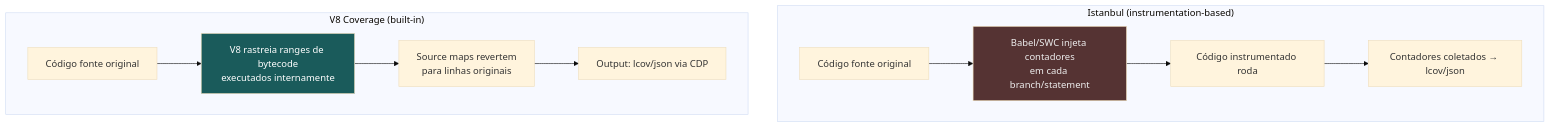
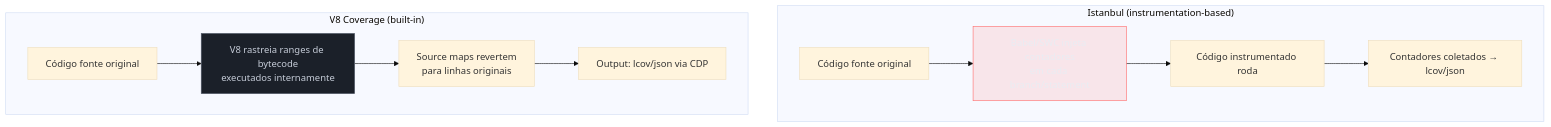
Before and after one commit to josenaldo/codex-technomanticus: the fourth of 5 diagrams in 03-Dominios/Tecnologia/Tooling e Build/19 - Test runner nativo (node-test) e o cenário de testes.md, drawn with Mermaid (base theme). The commit also changed other lines of this file and 1181 other files, not shown here.

First line of the commit message:
fix(diagramas): paleta do sistema no lugar de cor cravada no markdown

````diff
--- a/03-Dominios/Tecnologia/Tooling e Build/19 - Test runner nativo (node-test) e o cenário de testes.md
+++ b/03-Dominios/Tecnologia/Tooling e Build/19 - Test runner nativo (node-test) e o cenário de testes.md
@@ -568,21 +573,23 @@
 ```mermaid
 graph TD
+    classDef falha fill:#FF6B6B24,stroke:#FF6B6B,color:#E9ECF2
+    classDef neutro fill:#1B2029,stroke:#4E5666,color:#C6CCD8
     subgraph "Istanbul (instrumentation-based)"
         IS["Código fonte original"]
         IT["Babel/SWC injeta contadores\nem cada branch/statement"]
         IE["Código instrumentado roda"]
         IR["Contadores coletados → lcov/json"]
         IS --> IT --> IE --> IR
     end
 
     subgraph "V8 Coverage (built-in)"
         VS["Código fonte original"]
         VR["V8 rastreia ranges de bytecode\nexecutados internamente"]
         VM["Source maps revertem\npara linhas originais"]
         VO["Output: lcov/json via CDP"]
         VS --> VR --> VM --> VO
     end
 
-    style IT fill:#553333,color:#eee
-    style VR fill:#1a5b5b,color:#fff
+    class IT falha
+    class VR neutro
 ```
````
